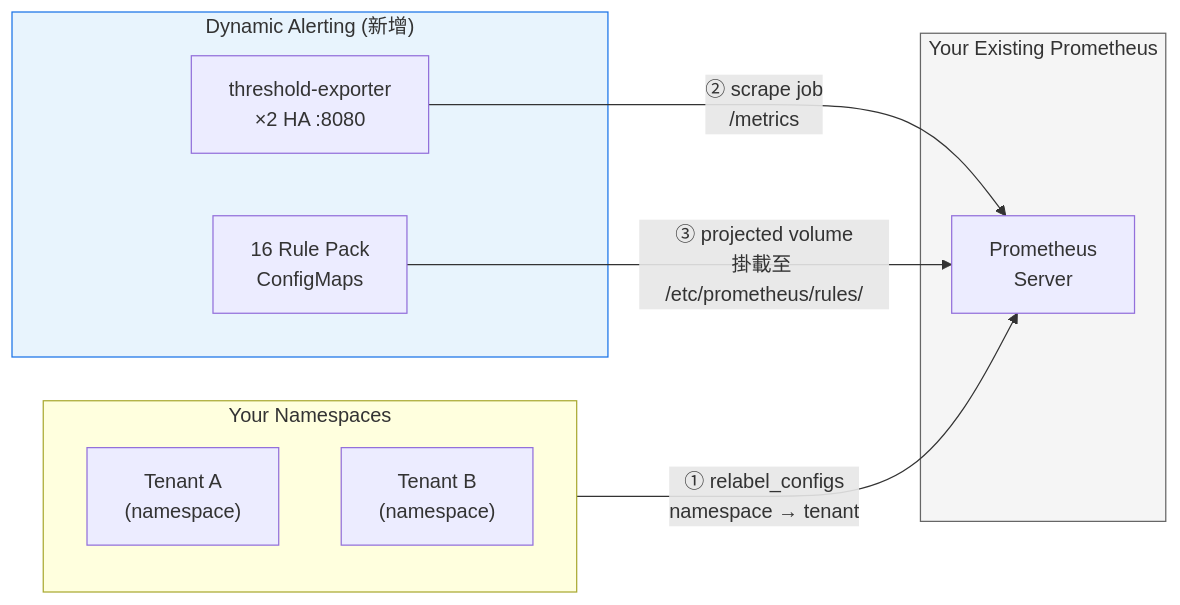
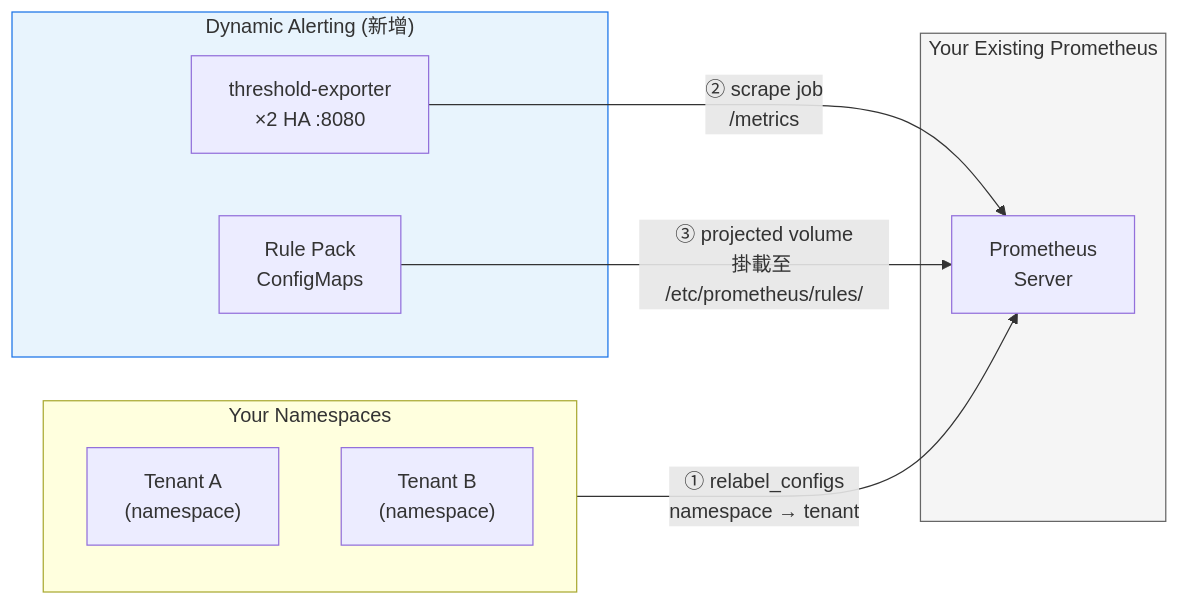
One commit to vencil/Dynamic-Alerting-Integrations changed the diagram in docs/integration/byo-prometheus-integration.md. Above: the diagram before and after it, drawn with Mermaid. The commit also changed other lines of this file and 35 other files, not shown here.

First line of the commit message:
docs(docs): 散文不再寫 Rule Pack 總數，badge 檢查與 --fix 共用樣式 (#1613)

````diff
--- a/docs/integration/byo-prometheus-integration.md
+++ b/docs/integration/byo-prometheus-integration.md
@@ -32,23 +32,23 @@
 ```mermaid
 graph LR
     subgraph YP["Your Existing Prometheus"]
         P["Prometheus<br/>Server"]
     end
 
     subgraph NS["Your Namespaces"]
         T1["Tenant A<br/>(namespace)"]
         T2["Tenant B<br/>(namespace)"]
     end
 
     subgraph DA["Dynamic Alerting (新增)"]
         TE["threshold-exporter<br/>×2 HA :8080"]
-        RP["16 Rule Pack<br/>ConfigMaps"]
+        RP["Rule Pack<br/>ConfigMaps"]
     end
 
     NS -->|"① relabel_configs<br/>namespace → tenant"| P
     TE -->|"② scrape job<br/>/metrics"| P
     RP -->|"③ projected volume<br/>掛載至 /etc/prometheus/rules/"| P
 
     style DA fill:#e8f4fd,stroke:#1a73e8
     style YP fill:#f5f5f5,stroke:#666
 ```
````
